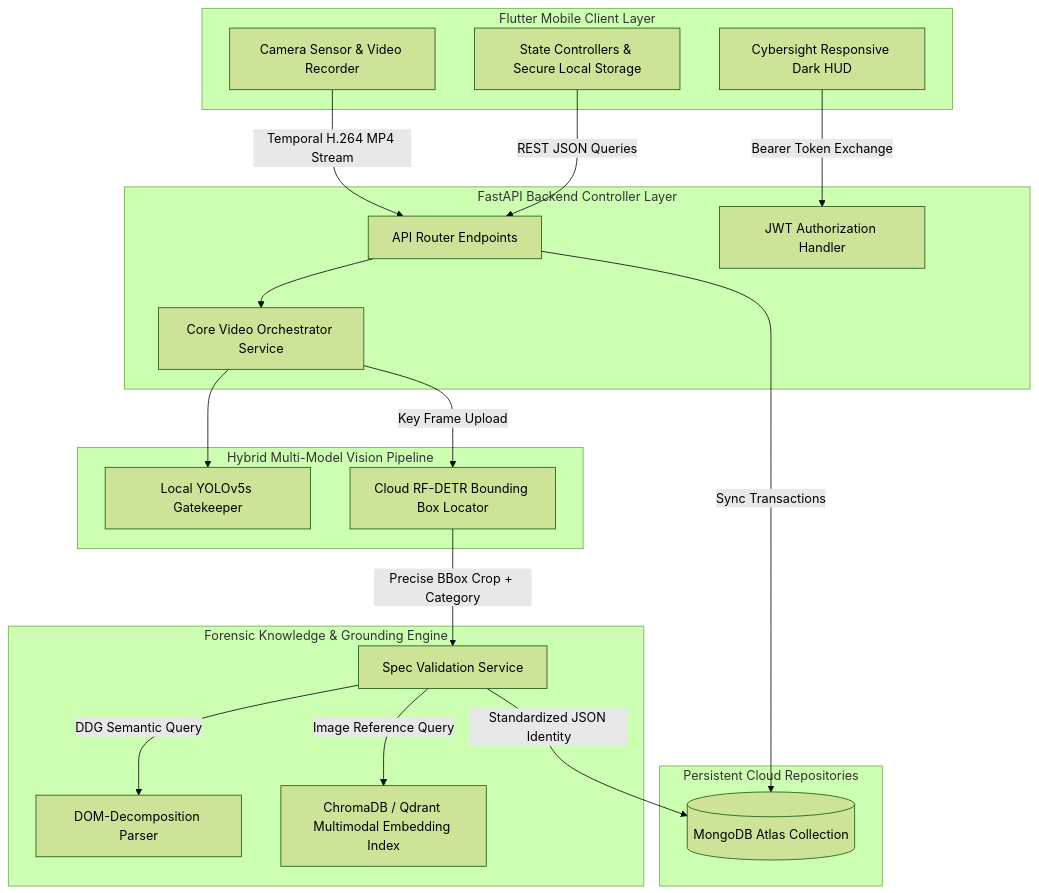
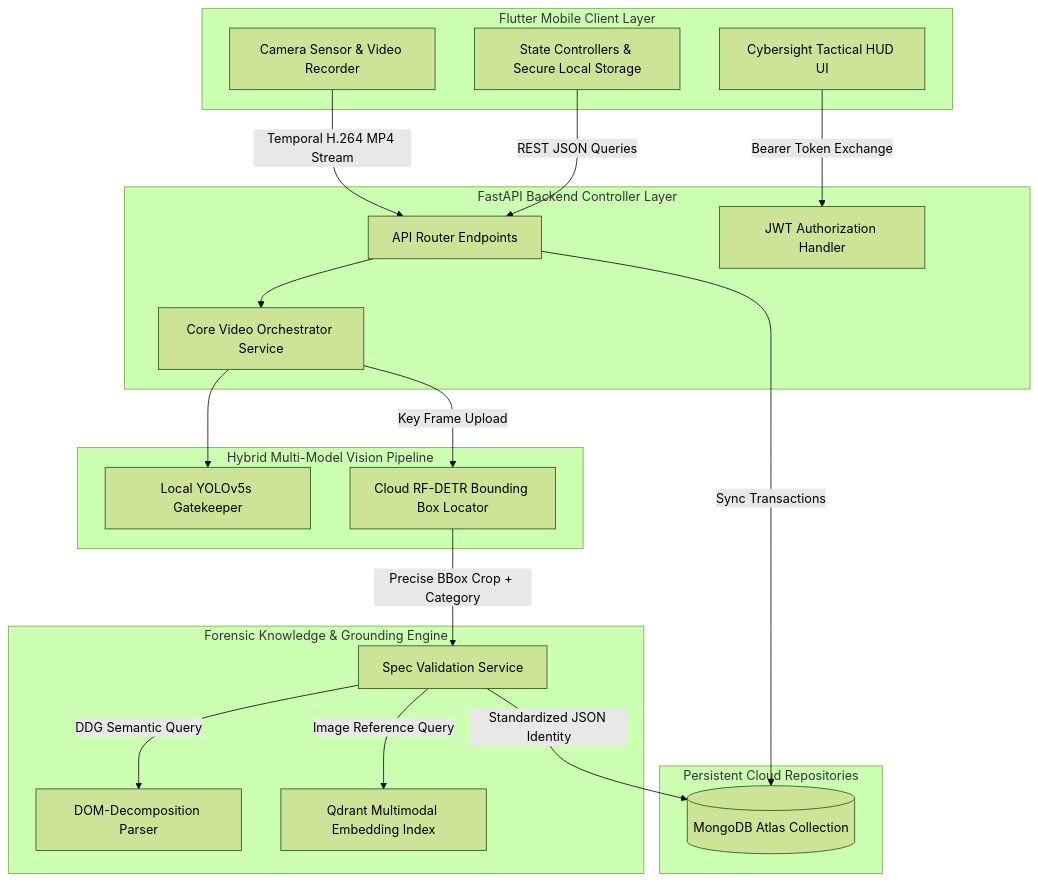
One commit to ChahdBhamza/ProjetPFE changed the first of 2 diagrams in docs/chapter4_system_design_architecture_optimisation.md. Above: the diagram before and after it, drawn with Mermaid (forest theme). The commit also changed other lines of this file and 32 other files, not shown here.

Commit message:
docs: add system design architecture and evaluation chapters with supplementary assets and backend logic

````diff
--- a/docs/chapter4_system_design_architecture_optimisation.md
+++ b/docs/chapter4_system_design_architecture_optimisation.md
@@ -19,48 +31,48 @@
 ```mermaid
 graph TD
     subgraph Client_Layer [Flutter Mobile Client Layer]
         A[Camera Sensor & Video Recorder]
         B[State Controllers & Secure Local Storage]
-        C[Cybersight Responsive Dark HUD]
+        C[Cybersight Tactical HUD UI]
     end
 
     subgraph Controller_Layer [FastAPI Backend Controller Layer]
         D[API Router Endpoints]
         E[JWT Authorization Handler]
         F[Core Video Orchestrator Service]
     end
 
     subgraph Vision_Layer [Hybrid Multi-Model Vision Pipeline]
         G[Local YOLOv5s Gatekeeper]
         H[Cloud RF-DETR Bounding Box Locator]
     end
 
     subgraph Intelligence_Layer [Forensic Knowledge & Grounding Engine]
         I[Spec Validation Service]
         J[DOM-Decomposition Parser]
-        K[ChromaDB / Qdrant Multimodal Embedding Index]
+        K[Qdrant Multimodal Embedding Index]
     end
 
     subgraph Persistence_Layer [Persistent Cloud Repositories]
         L[(MongoDB Atlas Collection)]
     end
 
     %% Client Communication
     A -- Temporal H.264 MP4 Stream --> D
     B -- REST JSON Queries --> D
     C -- Bearer Token Exchange --> E
 
     %% Backend Orchestration
     D --> F
     F --> G
     F -- Key Frame Upload --> H
 
     %% Spec Validation flow
     H -- Precise BBox Crop + Category --> I
     I -- Image Reference Query --> K
     I -- DDG Semantic Query --> J
     
     %% Storage Transactions
     I -- Standardized JSON Identity --> L
     D -- Sync Transactions --> L
 ```
````
